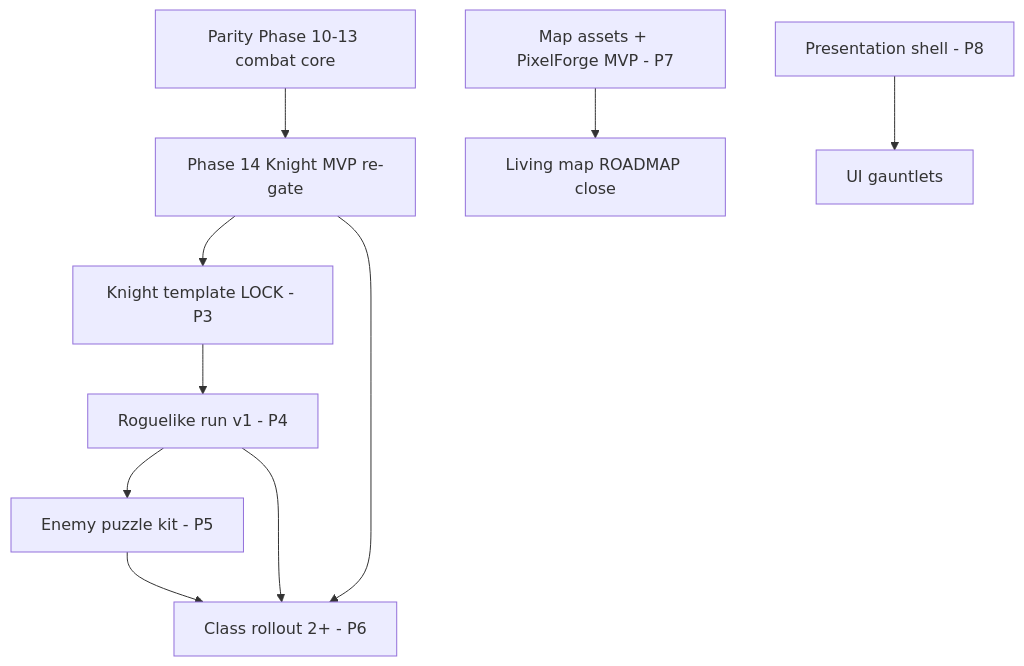
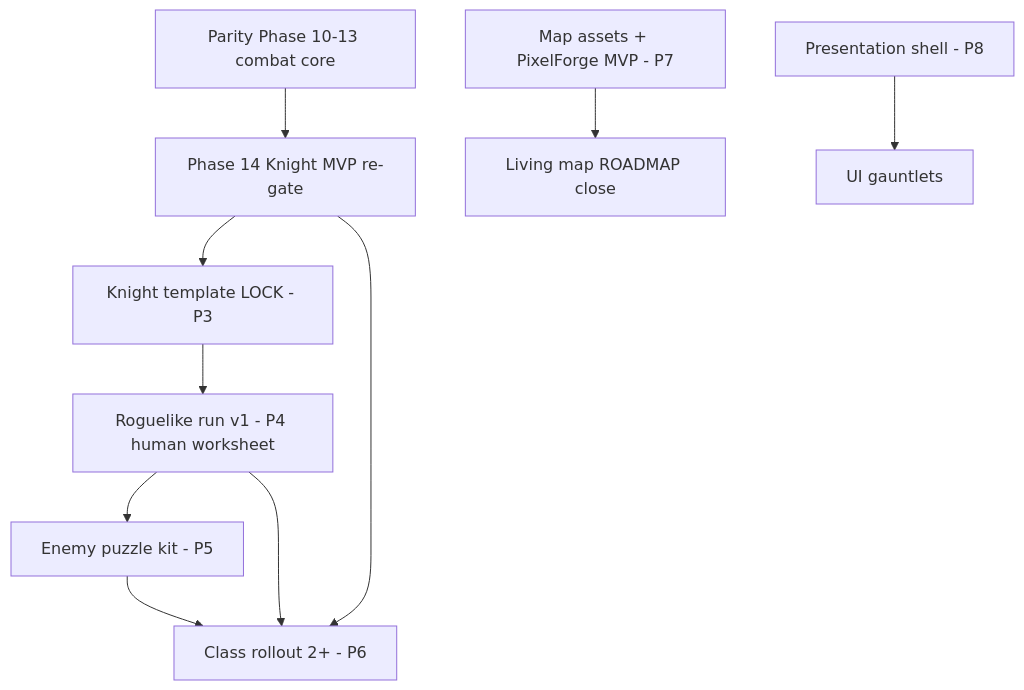
The diagram in docs/design/REMAINING_WORK_MAP.md (kendikong/honor-and-iron-3), drawn with Mermaid before and after one commit. The commit also changed other lines of this file and 4 other files, not shown here.

````diff
--- a/docs/design/REMAINING_WORK_MAP.md
+++ b/docs/design/REMAINING_WORK_MAP.md
@@ -43,12 +43,12 @@
 ```mermaid
 flowchart TD
   P10[Parity Phase 10-13 combat core] --> P14[Phase 14 Knight MVP re-gate]
   P14 --> KT[Knight template LOCK - P3]
-  KT --> RUN[Roguelike run v1 - P4]
+  KT --> RUN[Roguelike run v1 - P4 human worksheet]
   RUN --> EN[Enemy puzzle kit - P5]
   EN --> CR[Class rollout 2+ - P6]
   MAP[Map assets + PixelForge MVP - P7] --> LM[Living map ROADMAP close]
   UI[Presentation shell - P8] --> UII[UI gauntlets]
   P14 --> CR
   RUN --> CR
 ```
````
